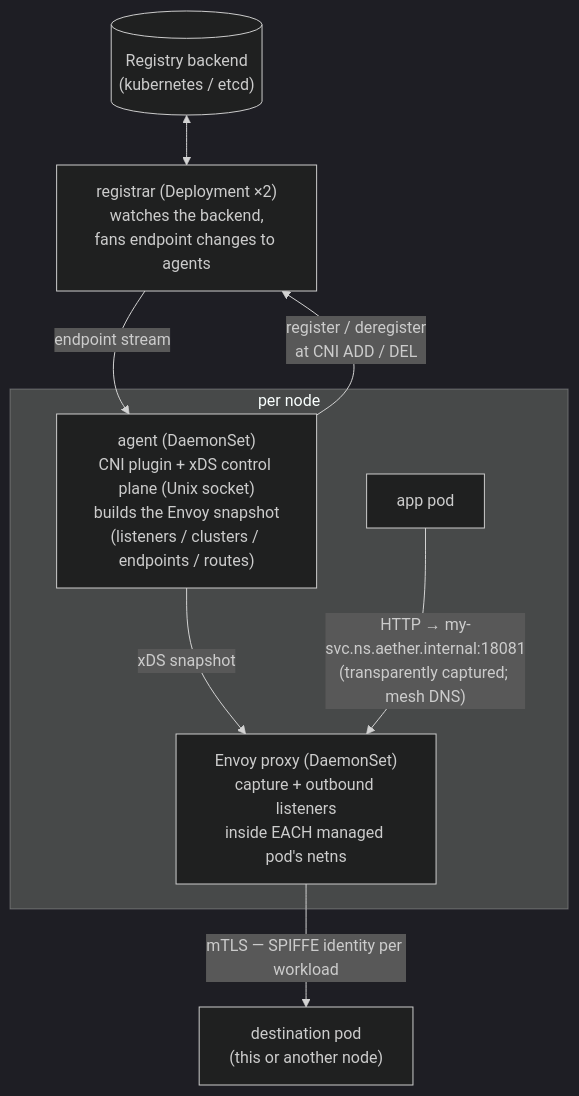
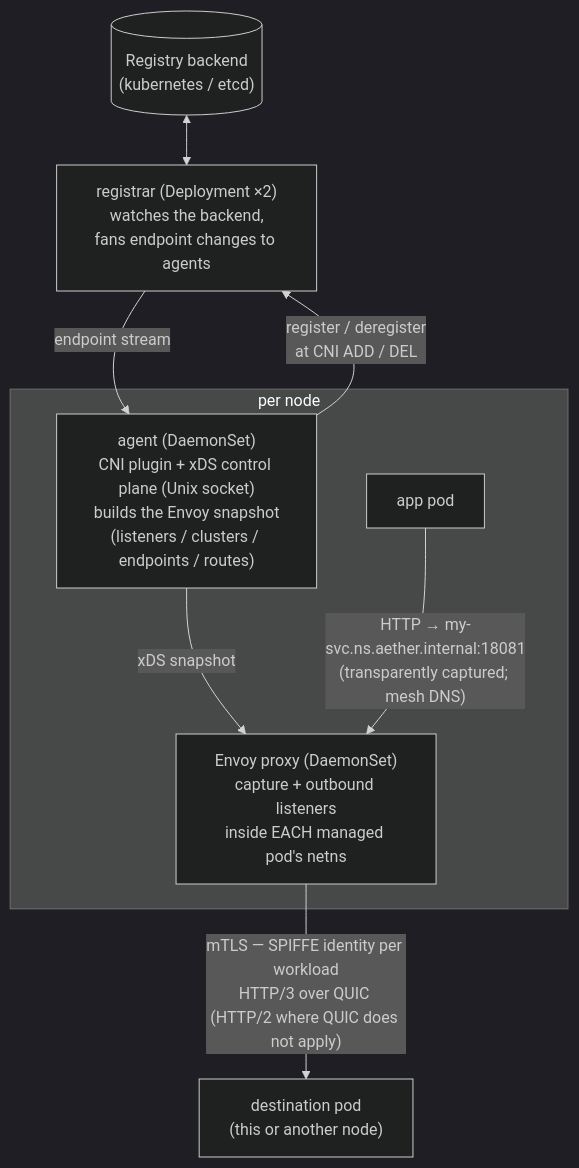
One commit to bpalermo/aether changed the diagram in docs/getting-started.md. Above: the diagram before and after it, drawn with Mermaid (dark theme). The commit also changed other lines of this file and 7 other files, not shown here.

````diff
--- a/docs/getting-started.md
+++ b/docs/getting-started.md
@@ -41,18 +41,18 @@
 ```mermaid
 flowchart TB
     backend[("Registry backend<br/>(kubernetes / etcd)")]
     registrar["registrar (Deployment ×2)<br/>watches the backend,<br/>fans endpoint changes to agents"]
     backend <--> registrar
 
     subgraph node["per node"]
         agent["agent (DaemonSet)<br/>CNI plugin + xDS control plane (Unix socket)<br/>builds the Envoy snapshot<br/>(listeners / clusters / endpoints / routes)"]
         proxy["Envoy proxy (DaemonSet)<br/>capture + outbound listeners<br/>inside EACH managed pod's netns"]
         app["app pod"]
         agent -->|xDS snapshot| proxy
         app -->|"HTTP → my-svc.ns.aether.internal:18081<br/>(transparently captured; mesh DNS)"| proxy
     end
 
     agent -->|"register / deregister<br/>at CNI ADD / DEL"| registrar
     registrar -->|endpoint stream| agent
-    proxy -->|"mTLS — SPIFFE identity per workload"| dest["destination pod<br/>(this or another node)"]
+    proxy -->|"mTLS — SPIFFE identity per workload<br/>HTTP/3 over QUIC (HTTP/2 where QUIC does not apply)"| dest["destination pod<br/>(this or another node)"]
 ```
````
